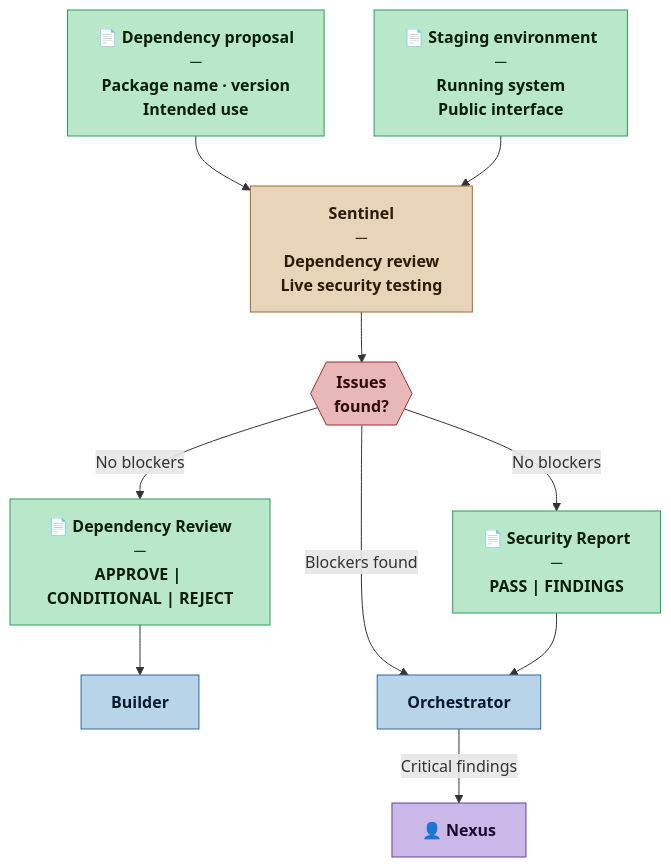
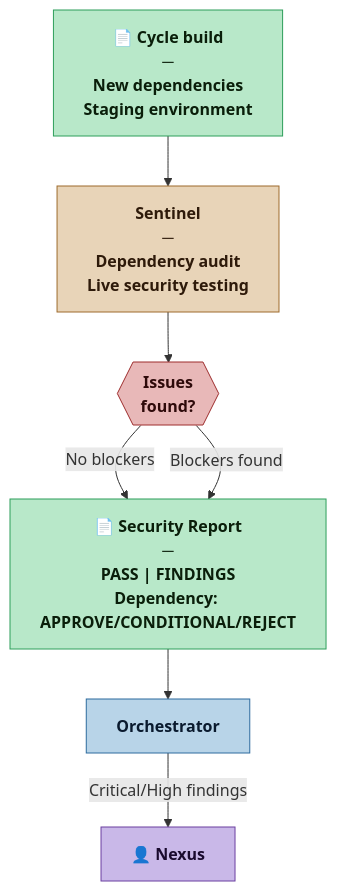
The diagram in agents/sentinel.md (loskylp/Nexus-SDLC), drawn with Mermaid before and after one commit. The commit also changed other lines of this file and 4 other files, not shown here.

````diff
--- a/agents/sentinel.md
+++ b/agents/sentinel.md
@@ -28,32 +28,26 @@
 ```mermaid
 flowchart TD
     classDef nexus    fill:#c9b8e8,stroke:#6b3fa0,color:#1a0a2e,font-weight:bold
     classDef self     fill:#e8d4b8,stroke:#9e6b2d,color:#2e1a0a,font-weight:bold
     classDef artifact fill:#b8e8c9,stroke:#2d9e5a,color:#0a1e0a,font-weight:bold
     classDef agent    fill:#b8d4e8,stroke:#2d6b9e,color:#0a1a2e,font-weight:bold
     classDef decision fill:#e8b8b8,stroke:#9e2d2d,color:#2e0a0a,font-weight:bold
 
-    DR["📄 Dependency proposal<br/>─<br/>Package name · version<br/>Intended use"]:::artifact
-    LS["📄 Staging environment<br/>─<br/>Running system<br/>Public interface"]:::artifact
+    CB["📄 Cycle build<br/>─<br/>New dependencies<br/>Staging environment"]:::artifact
 
-    SE["Sentinel<br/>─<br/>Dependency review<br/>Live security testing"]:::self
+    SE["Sentinel<br/>─<br/>Dependency audit<br/>Live security testing"]:::self
 
     DEC{{"Issues<br/>found?"}}:::decision
 
-    DR_P["📄 Dependency Review<br/>─<br/>APPROVE | CONDITIONAL | REJECT"]:::artifact
-    SR_P["📄 Security Report<br/>─<br/>PASS | FINDINGS"]:::artifact
+    SR_P["📄 Security Report<br/>─<br/>PASS | FINDINGS<br/>Dependency: APPROVE/CONDITIONAL/REJECT"]:::artifact
 
-    BU["Builder"]:::agent
     OR["Orchestrator"]:::agent
     NX["👤 Nexus"]:::nexus
 
-    DR  --> SE
-    LS  --> SE
+    CB  --> SE
     SE  --> DEC
-    DEC -->|"No blockers"| DR_P
     DEC -->|"No blockers"| SR_P
-    DEC -->|"Blockers found"| OR
-    DR_P --> BU
+    DEC -->|"Blockers found"| SR_P
     SR_P --> OR
-    OR  -->|"Critical findings"| NX
+    OR  -->|"Critical/High findings"| NX
 ```
````
